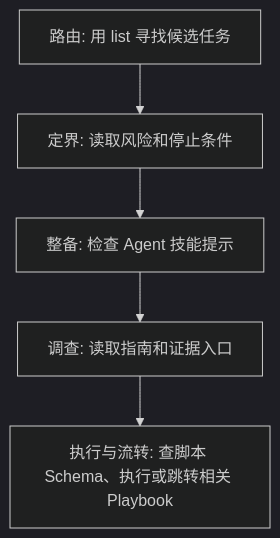
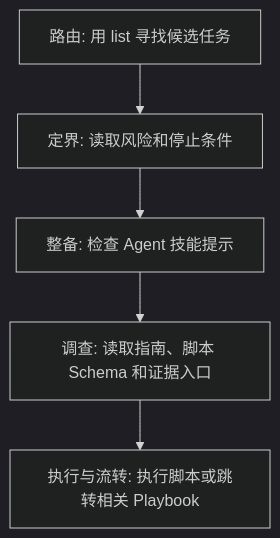
One commit to team4u/actiondock changed the diagram in docs/playbook.md. Above: the diagram before and after it, drawn with Mermaid (dark theme). The commit also changed other lines of this file and 2 other files, not shown here.

First line of the commit message:
docs: 优化 Playbook 检索流程与五段式步骤说明

````diff
--- a/docs/playbook.md
+++ b/docs/playbook.md
@@ -149,7 +149,7 @@
 ```mermaid
 flowchart TD
     Route[路由: 用 list 寻找候选任务] --> Bound[定界: 读取风险和停止条件]
     Bound --> Equip[整备: 检查 Agent 技能提示]
-    Equip --> Investigate[调查: 读取指南和证据入口]
-    Investigate --> Act[执行与流转: 查脚本 Schema、执行或跳转相关 Playbook]
+    Equip --> Investigate[调查: 读取指南、脚本 Schema 和证据入口]
+    Investigate --> Act[执行与流转: 执行脚本或跳转相关 Playbook]
 ```
````
